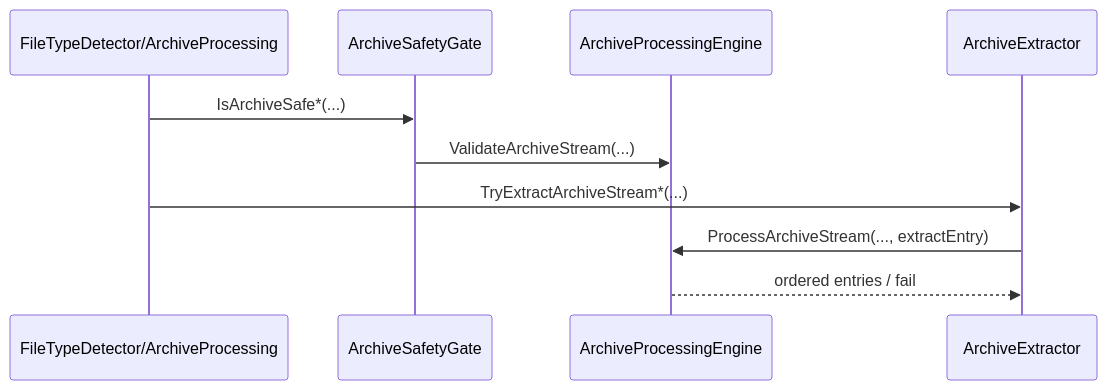
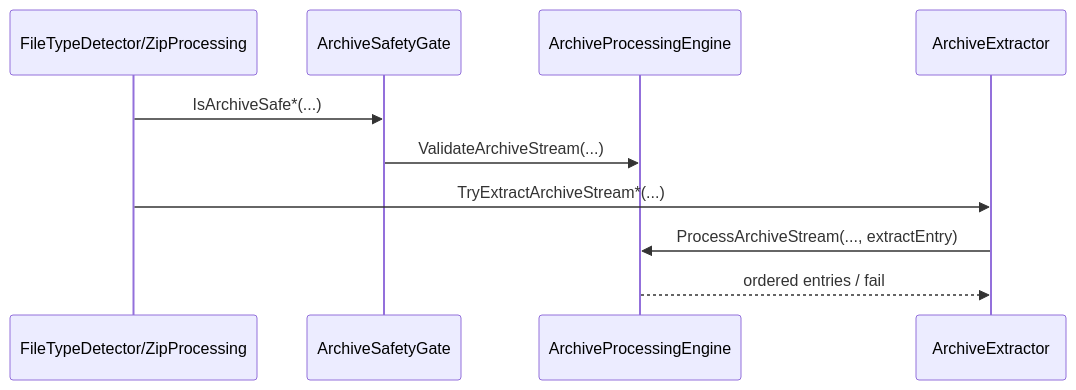
Before and after one commit to tomtastisch/FileClassifier: the diagram in src/FileTypeDetection/Infrastructure/README.md, drawn with Mermaid. The commit also changed other lines of this file and 80 other files, not shown here.

````diff
--- a/src/FileTypeDetection/Infrastructure/README.md
+++ b/src/FileTypeDetection/Infrastructure/README.md
@@ -28,13 +26,13 @@
 ```mermaid
 sequenceDiagram
-    participant API as FileTypeDetector/ArchiveProcessing
+    participant API as FileTypeDetector/ZipProcessing
     participant Gate as ArchiveSafetyGate
     participant Engine as ArchiveProcessingEngine
     participant Extractor as ArchiveExtractor
 
     API->>Gate: IsArchiveSafe*(...)
     Gate->>Engine: ValidateArchiveStream(...)
     API->>Extractor: TryExtractArchiveStream*(...)
     Extractor->>Engine: ProcessArchiveStream(..., extractEntry)
     Engine-->>Extractor: ordered entries / fail
 ```
````
